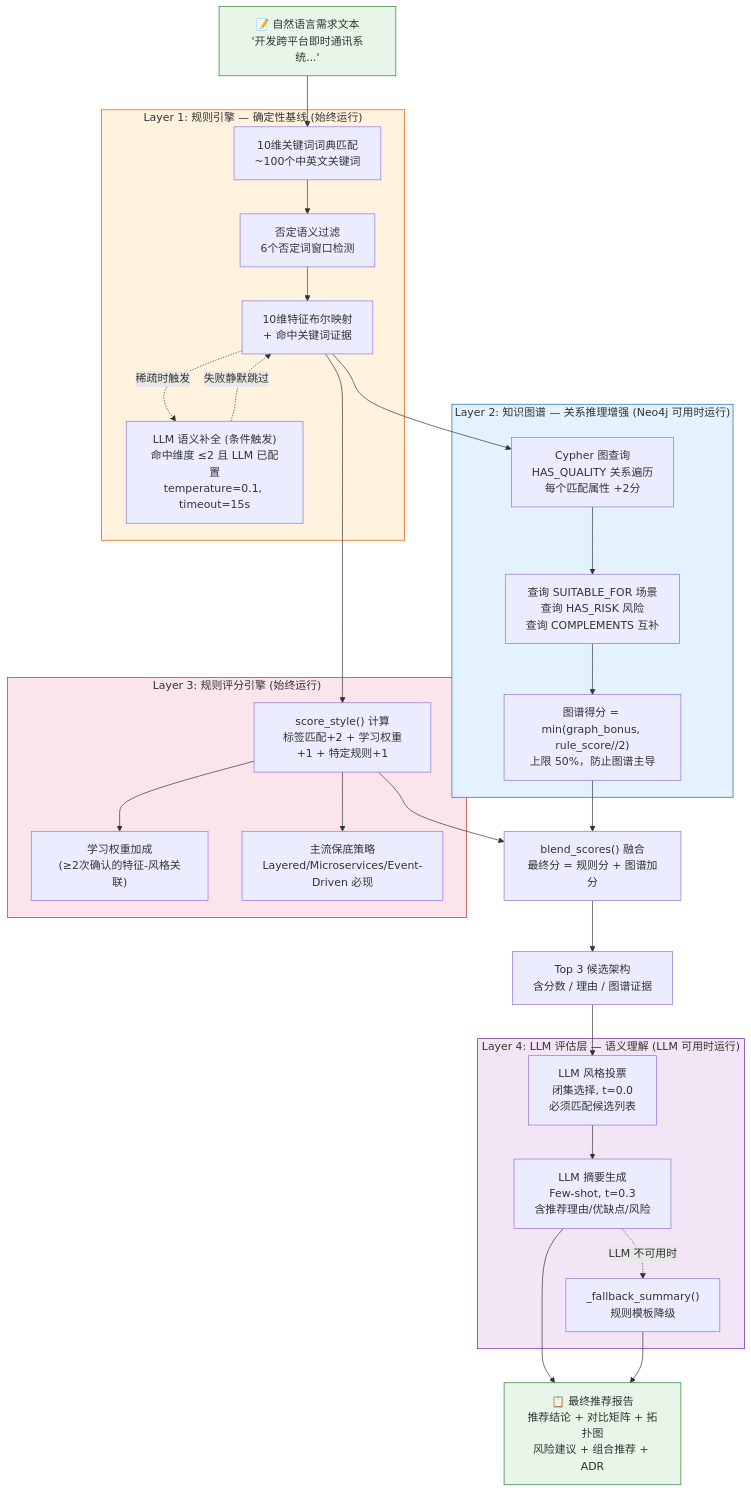
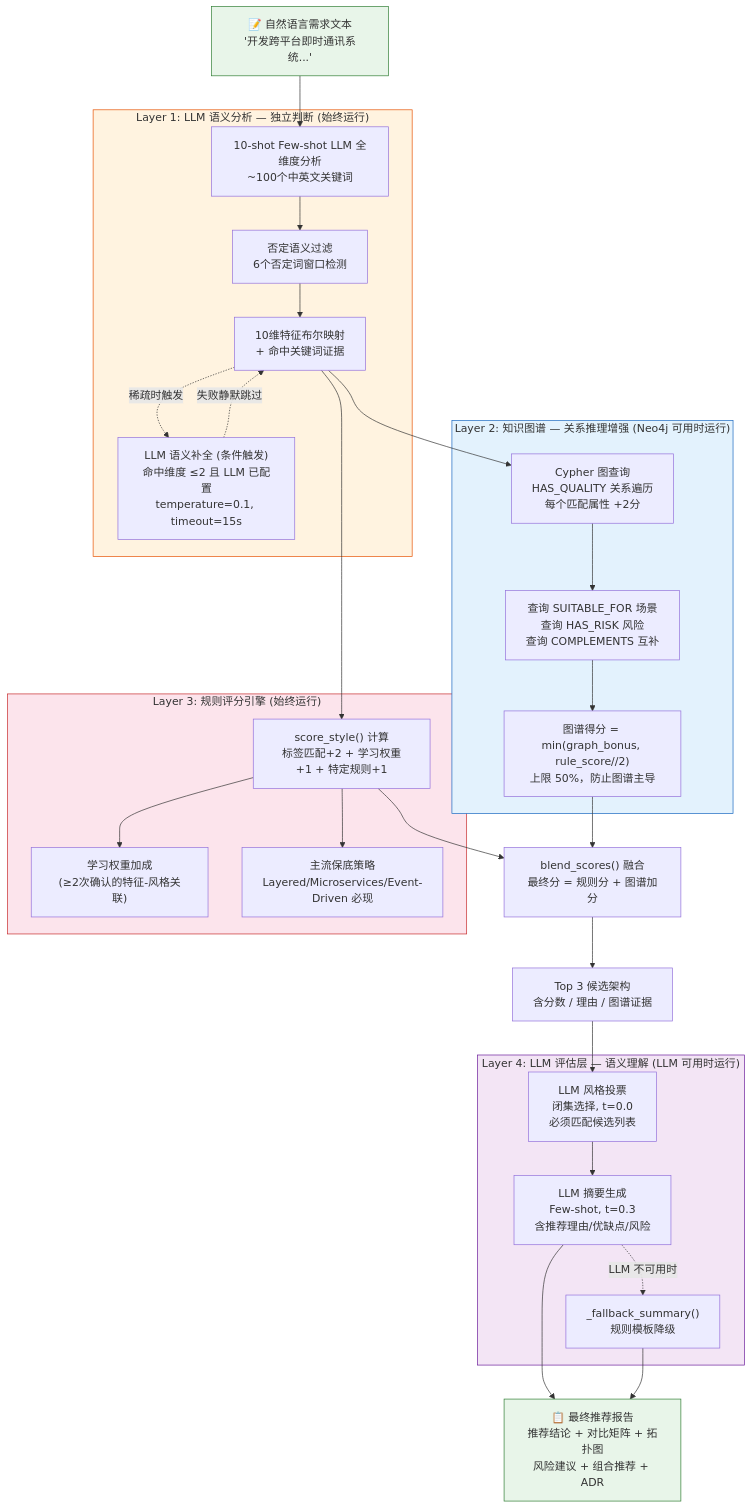
The sixth of 8 diagrams in docs/defense/05-C4模型与UML图.md (zbhzbhzbh11/architecture-assistant), drawn with Mermaid before and after one commit. The commit also changed other lines of this file and 89 other files, not shown here.

First line of the commit message:
feat: LLM-first需求分析 + 12维特征 + 非对称惩罚 + 子图模块化 + 前端改版

````diff
--- a/docs/defense/05-C4模型与UML图.md
+++ b/docs/defense/05-C4模型与UML图.md
@@ -362,64 +473,64 @@
 ```mermaid
 graph TB
     Input["📝 自然语言需求文本<br/>'开发跨平台即时通讯系统...'"]
 
-    subgraph L1["Layer 1: 规则引擎 — 确定性基线 (始终运行)"]
-        KW["10维关键词词典匹配<br/>~100个中英文关键词"]
+    subgraph L1["Layer 1: LLM 语义分析 — 独立判断 (始终运行)"]
+        KW["10-shot Few-shot LLM 全维度分析<br/>~100个中英文关键词"]
         Neg["否定语义过滤<br/>6个否定词窗口检测"]
         Feat["10维特征布尔映射<br/>+ 命中关键词证据"]
         KW --> Neg --> Feat
         LLM_Supp["LLM 语义补全 (条件触发)<br/>命中维度 ≤2 且 LLM 已配置<br/>temperature=0.1, timeout=15s"]
         Feat -.->|"稀疏时触发"| LLM_Supp
         LLM_Supp -.->|"失败静默跳过"| Feat
     end
 
     Input --> KW
 
     subgraph L2["Layer 2: 知识图谱 — 关系推理增强 (Neo4j 可用时运行)"]
         Cypher["Cypher 图查询<br/>HAS_QUALITY 关系遍历<br/>每个匹配属性 +2分"]
         Scene["查询 SUITABLE_FOR 场景<br/>查询 HAS_RISK 风险<br/>查询 COMPLEMENTS 互补"]
         GraphScore["图谱得分 = min(graph_bonus, rule_score//2)<br/>上限 50%，防止图谱主导"]
         Cypher --> Scene --> GraphScore
     end
 
     Feat --> Cypher
     Feat --> Score
 
     subgraph L3["Layer 3: 规则评分引擎 (始终运行)"]
         Score["score_style() 计算<br/>标签匹配+2 + 学习权重+1 + 特定规则+1"]
         Learn["学习权重加成<br/>(≥2次确认的特征-风格关联)"]
         Mainstream["主流保底策略<br/>Layered/Microservices/Event-Driven 必现"]
         Score --> Learn
         Score --> Mainstream
     end
 
     Blend["blend_scores() 融合<br/>最终分 = 规则分 + 图谱加分"]
     Score --> Blend
     GraphScore --> Blend
 
     Top3["Top 3 候选架构<br/>含分数 / 理由 / 图谱证据"]
 
     Blend --> Top3
 
     subgraph L4["Layer 4: LLM 评估层 — 语义理解 (LLM 可用时运行)"]
         Vote["LLM 风格投票<br/>闭集选择, t=0.0<br/>必须匹配候选列表"]
         Summary["LLM 摘要生成<br/>Few-shot, t=0.3<br/>含推荐理由/优缺点/风险"]
         Fallback["_fallback_summary()<br/>规则模板降级"]
         Vote --> Summary
         Summary -.->|"LLM 不可用时"| Fallback
     end
 
     Top3 --> Vote
 
     Final["📋 最终推荐报告<br/>推荐结论 + 对比矩阵 + 拓扑图<br/>风险建议 + 组合推荐 + ADR"]
 
     Summary --> Final
     Fallback --> Final
 
     style Input fill:#e8f5e9,stroke:#2e7d32
     style L1 fill:#fff3e0,stroke:#e65100
     style L2 fill:#e3f2fd,stroke:#1565c0
     style L3 fill:#fce4ec,stroke:#c62828
     style L4 fill:#f3e5f5,stroke:#6a1b9a
     style Final fill:#e8f5e9,stroke:#2e7d32
 ```
````
